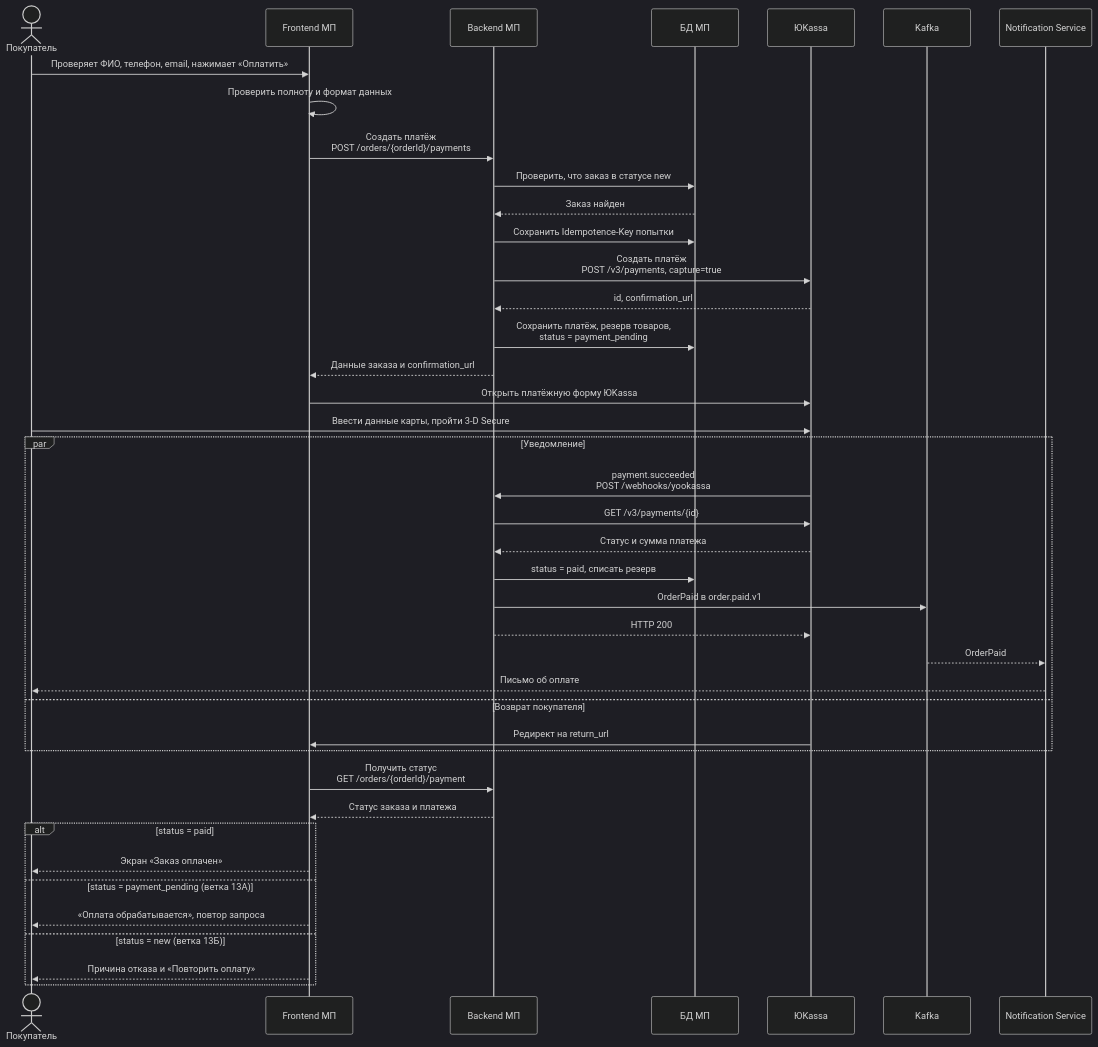
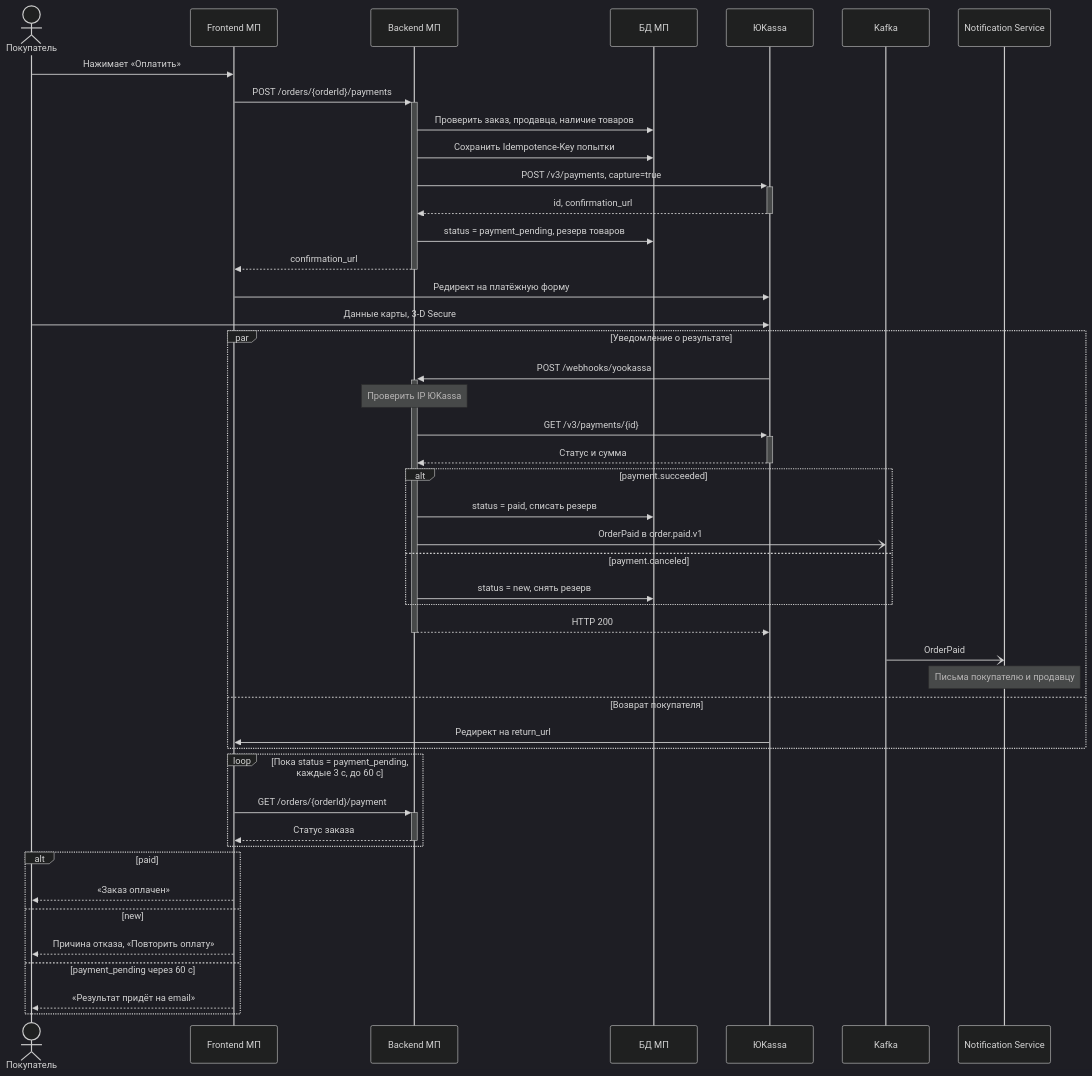
Before and after one commit to viiktoriia0990-del/system-analyst-portfolio: the diagram in payment-use-case/README.md, drawn with Mermaid (dark theme). The commit also changed other lines of this file, not shown here.

Commit message:
use case payment

````diff
--- a/payment-use-case/README.md
+++ b/payment-use-case/README.md
@@ -372,47 +374,52 @@
 ```mermaid
 sequenceDiagram
     actor U as Покупатель
     participant F as Frontend МП
     participant B as Backend МП
     participant DB as БД МП
     participant Y as ЮKassa
     participant K as Kafka
     participant N as Notification Service
 
-    U->>F: Проверяет ФИО, телефон, email, нажимает «Оплатить»
-    F->>F: Проверить полноту и формат данных
-    F->>B: Создать платёж<br/>POST /orders/{orderId}/payments
-    B->>DB: Проверить, что заказ в статусе new
-    DB-->>B: Заказ найден
+    U->>F: Нажимает «Оплатить»
+    F->>+B: POST /orders/{orderId}/payments
+    B->>DB: Проверить заказ, продавца, наличие товаров
     B->>DB: Сохранить Idempotence-Key попытки
-    B->>Y: Создать платёж<br/>POST /v3/payments, capture=true
-    Y-->>B: id, confirmation_url
-    B->>DB: Сохранить платёж, резерв товаров,<br/>status = payment_pending
-    B-->>F: Данные заказа и confirmation_url
-    F->>Y: Открыть платёжную форму ЮKassa
-    U->>Y: Ввести данные карты, пройти 3-D Secure
+    B->>+Y: POST /v3/payments, capture=true
+    Y-->>-B: id, confirmation_url
+    B->>DB: status = payment_pending, резерв товаров
+    B-->>-F: confirmation_url
+    F->>Y: Редирект на платёжную форму
+    U->>Y: Данные карты, 3-D Secure
 
-    par Уведомление
-        Y->>B: payment.succeeded<br/>POST /webhooks/yookassa
-        B->>Y: GET /v3/payments/{id}
-        Y-->>B: Статус и сумма платежа
-        B->>DB: status = paid, списать резерв
-        B->>K: OrderPaid в order.paid.v1
-        B-->>Y: HTTP 200
-        K-->>N: OrderPaid
-        N-->>U: Письмо об оплате
+    par Уведомление о результате
+        Y->>+B: POST /webhooks/yookassa
+        Note over B: Проверить IP ЮKassa
+        B->>+Y: GET /v3/payments/{id}
+        Y-->>-B: Статус и сумма
+        alt payment.succeeded
+            B->>DB: status = paid, списать резерв
+            B-)K: OrderPaid в order.paid.v1
+        else payment.canceled
+            B->>DB: status = new, снять резерв
+        end
+        B-->>-Y: HTTP 200
+        K-)N: OrderPaid
+        Note over N: Письма покупателю и продавцу
     and Возврат покупателя
         Y->>F: Редирект на return_url
     end
 
-    F->>B: Получить статус<br/>GET /orders/{orderId}/payment
-    B-->>F: Статус заказа и платежа
+    loop Пока status = payment_pending, каждые 3 с, до 60 с
+        F->>+B: GET /orders/{orderId}/payment
+        B-->>-F: Статус заказа
+    end
 
-    alt status = paid
-        F-->>U: Экран «Заказ оплачен»
-    else status = payment_pending (ветка 13А)
-        F-->>U: «Оплата обрабатывается», повтор запроса
-    else status = new (ветка 13Б)
-        F-->>U: Причина отказа и «Повторить оплату»
+    alt paid
+        F-->>U: «Заказ оплачен»
+    else new
+        F-->>U: Причина отказа, «Повторить оплату»
+    else payment_pending через 60 с
+        F-->>U: «Результат придёт на email»
     end
 ```
````
